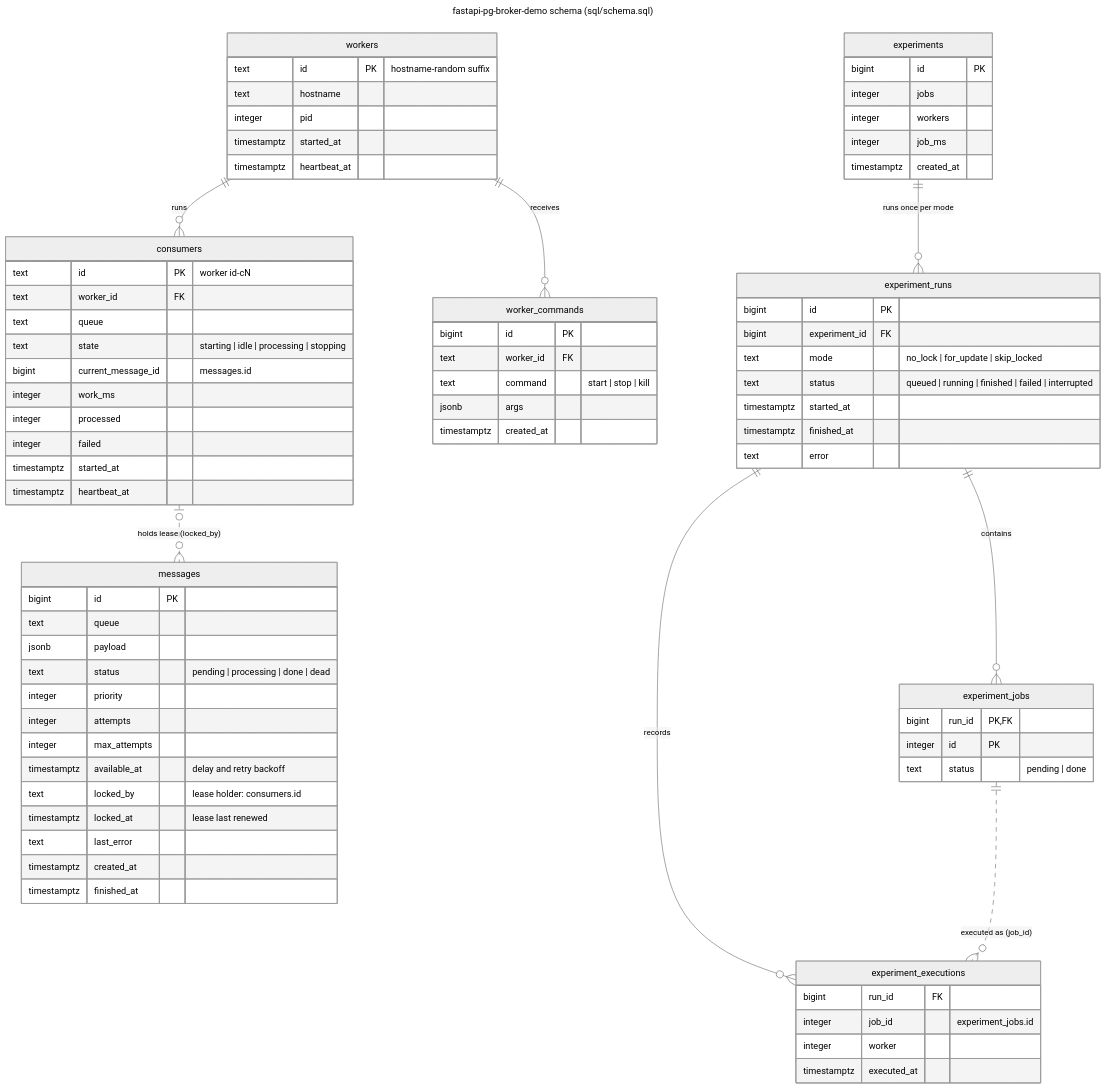
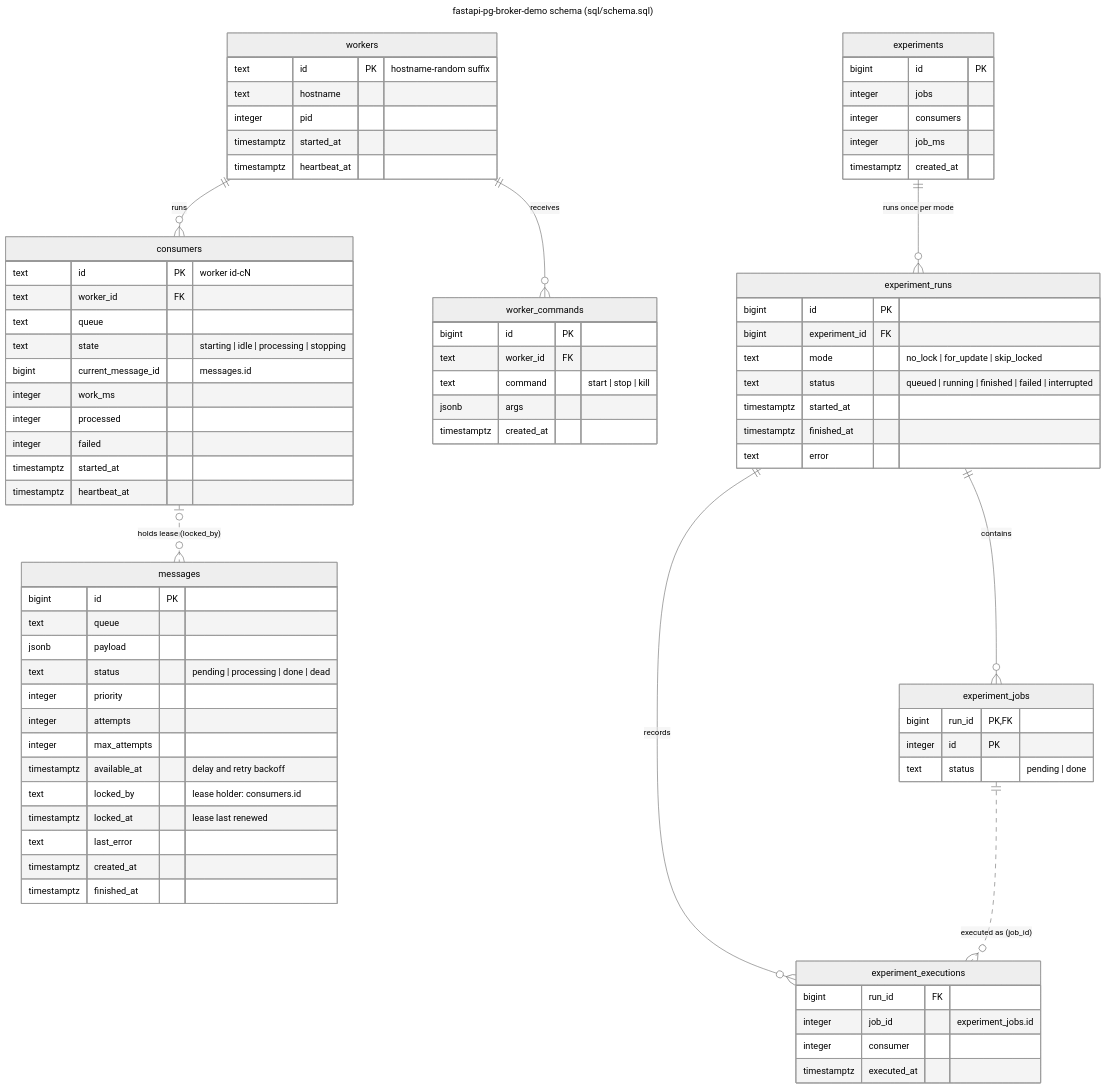
Before and after one commit to as10896/fastapi-pg-broker-demo: the diagram in docs/erd.mmd, drawn with Mermaid (neutral theme). The commit also changed 6 other files, not shown here.

Commit message:
refactor: rename experiment workers to consumers

```diff
--- a/docs/erd.mmd
+++ b/docs/erd.mmd
@@ -1,94 +1,94 @@
 ---
 title: fastapi-pg-broker-demo schema (sql/schema.sql)
 ---
 erDiagram
     %% Solid lines are foreign keys (ON DELETE CASCADE).
     %% Dashed lines are logical links stored as plain columns, without a foreign key.
 
     %% ---- Message broker ----
     messages {
         bigint      id           PK
         text        queue
         jsonb       payload
         text        status       "pending | processing | done | dead"
         integer     priority
         integer     attempts
         integer     max_attempts
         timestamptz available_at "delay and retry backoff"
         text        locked_by    "lease holder: consumers.id"
         timestamptz locked_at    "lease last renewed"
         text        last_error
         timestamptz created_at
         timestamptz finished_at
     }
 
     %% ---- Worker registry and remote control ----
     workers {
         text        id           PK "hostname-random suffix"
         text        hostname
         integer     pid
         timestamptz started_at
         timestamptz heartbeat_at
     }
 
     consumers {
         text        id                 PK "worker id-cN"
         text        worker_id          FK
         text        queue
         text        state              "starting | idle | processing | stopping"
         bigint      current_message_id "messages.id"
         integer     work_ms
         integer     processed
         integer     failed
         timestamptz started_at
         timestamptz heartbeat_at
     }
 
     worker_commands {
         bigint      id         PK
         text        worker_id  FK
         text        command    "start | stop | kill"
         jsonb       args
         timestamptz created_at
     }
 
     %% ---- Locking experiment ----
     experiments {
         bigint      id         PK
         integer     jobs
-        integer     workers
+        integer     consumers
         integer     job_ms
         timestamptz created_at
     }
 
     experiment_runs {
         bigint      id            PK
         bigint      experiment_id FK
         text        mode          "no_lock | for_update | skip_locked"
         text        status        "queued | running | finished | failed | interrupted"
         timestamptz started_at
         timestamptz finished_at
         text        error
     }
 
     experiment_jobs {
         bigint  run_id PK, FK
         integer id     PK
         text    status "pending | done"
     }
 
     experiment_executions {
         bigint      run_id      FK
         integer     job_id      "experiment_jobs.id"
-        integer     worker
+        integer     consumer
         timestamptz executed_at
     }
 
     workers         ||--o{ consumers             : runs
     workers         ||--o{ worker_commands       : receives
     consumers       |o..o{ messages              : "holds lease (locked_by)"
 
     experiments     ||--o{ experiment_runs       : "runs once per mode"
     experiment_runs ||--o{ experiment_jobs       : contains
     experiment_runs ||--o{ experiment_executions : records
     experiment_jobs ||..o{ experiment_executions : "executed as (job_id)"
```
